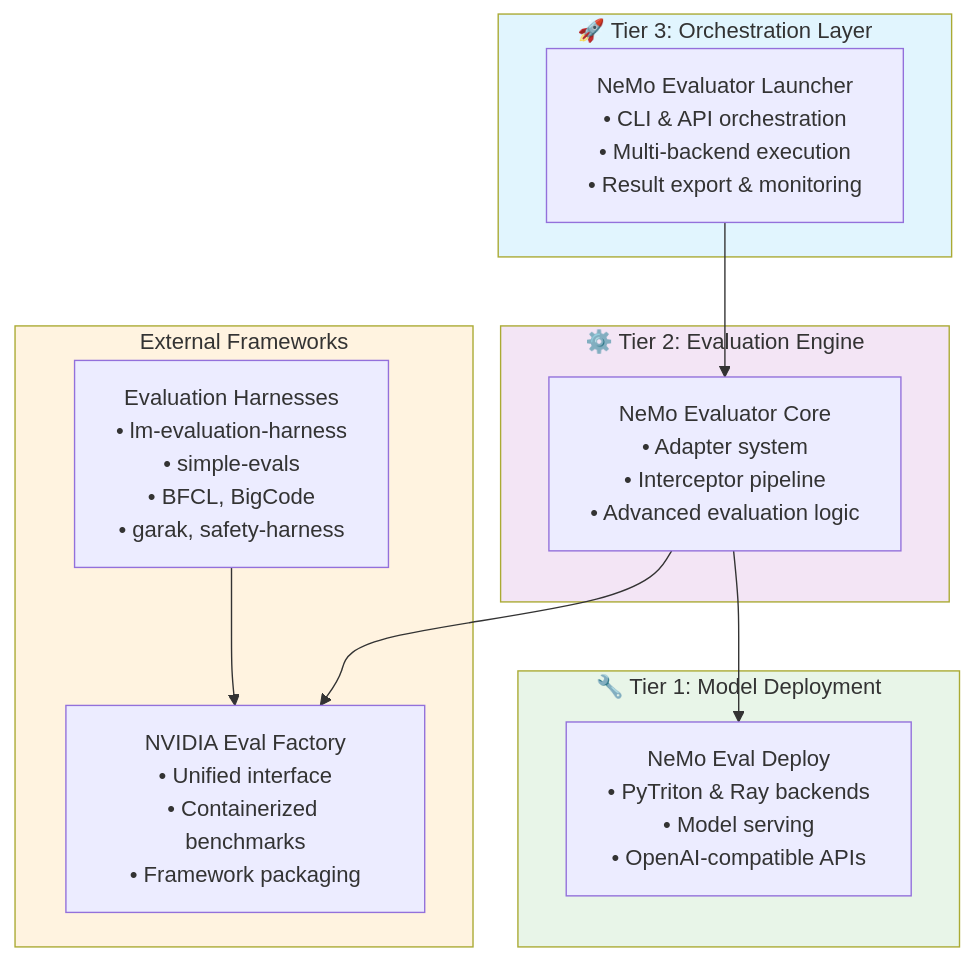
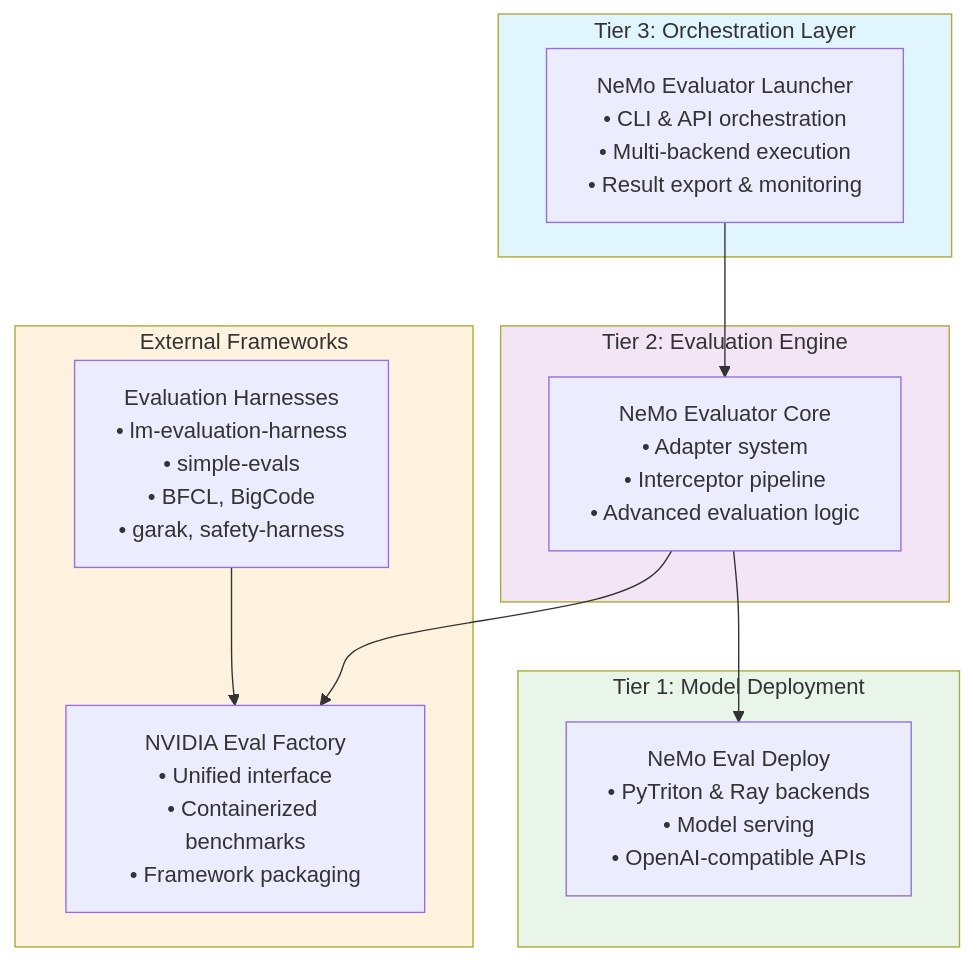
One commit to NVIDIA-NeMo/Evaluator changed the first of 2 diagrams in docs/about/concepts/architecture.md. Above: the diagram before and after it, drawn with Mermaid. The commit also changed 39 other files, not shown here.

````diff
--- a/docs/about/concepts/architecture.md
+++ b/docs/about/concepts/architecture.md
@@ -5,30 +5,30 @@
 ```{mermaid}
 graph TB
-    subgraph Tier3["🚀 Tier 3: Orchestration Layer"]
+    subgraph Tier3[" Tier 3: Orchestration Layer"]
         Launcher["NeMo Evaluator Launcher<br/>• CLI & API orchestration<br/>• Multi-backend execution<br/>• Result export & monitoring"]
     end
     
-    subgraph Tier2["⚙️ Tier 2: Evaluation Engine"]
+    subgraph Tier2[" Tier 2: Evaluation Engine"]
         Evaluator["NeMo Evaluator Core<br/>• Adapter system<br/>• Interceptor pipeline<br/>• Advanced evaluation logic"]
     end
     
-    subgraph Tier1["🔧 Tier 1: Model Deployment"]
+    subgraph Tier1[" Tier 1: Model Deployment"]
         Deploy["NeMo Eval Deploy<br/>• PyTriton & Ray backends<br/>• Model serving<br/>• OpenAI-compatible APIs"]
     end
     
     subgraph External["External Frameworks"]
         EvalHarnesses["Evaluation Harnesses<br/>• lm-evaluation-harness<br/>• simple-evals<br/>• BFCL, BigCode<br/>• garak, safety-harness"]
         
         EvalFactory["NVIDIA Eval Factory<br/>• Unified interface<br/>• Containerized benchmarks<br/>• Framework packaging"]
     end
     
     Launcher --> Evaluator
     Evaluator --> Deploy
     Evaluator --> EvalFactory
     EvalHarnesses --> EvalFactory
     
     style Tier3 fill:#e1f5fe
     style Tier2 fill:#f3e5f5  
     style Tier1 fill:#e8f5e8
     style External fill:#fff3e0
 ```
````
